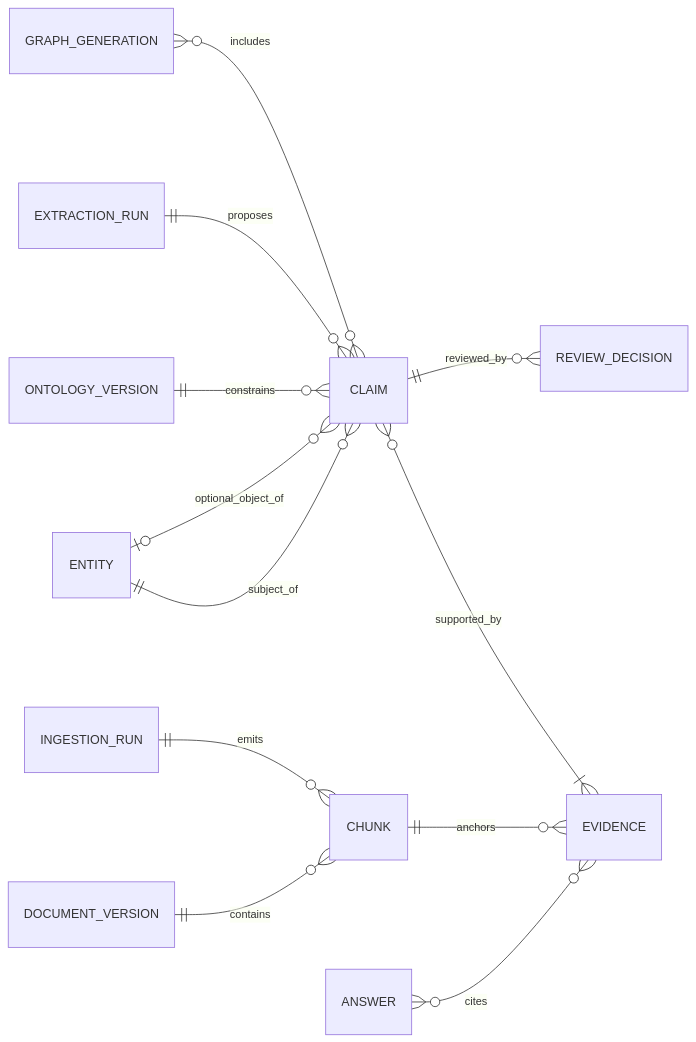
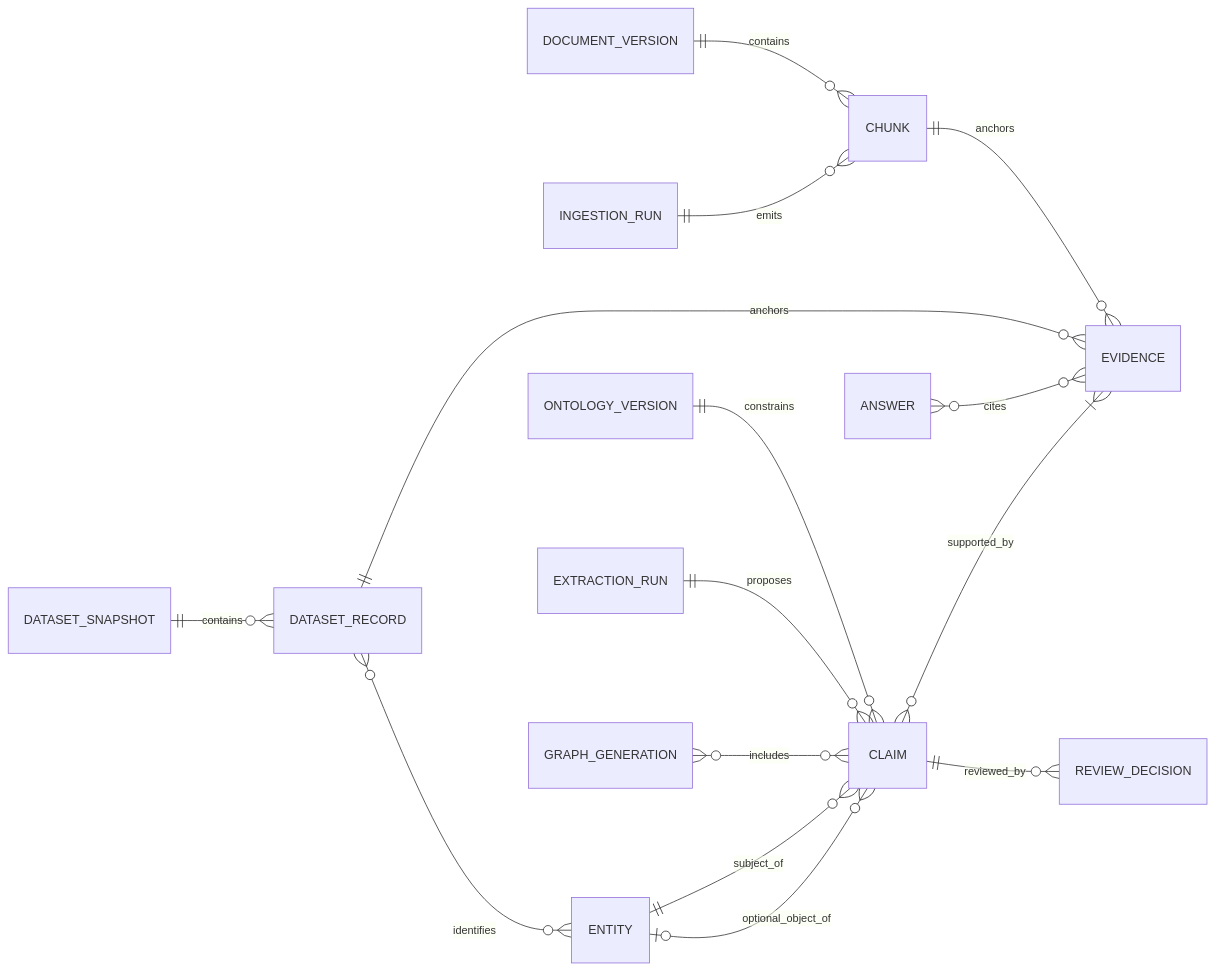
One commit to thaitri2005/Secure-O-G-LLM-and-Knowledge-Graph changed the fourth of 6 diagrams in docs/PROJECT_DESIGN.md. Above: the diagram before and after it, drawn with Mermaid. The commit also changed other lines of this file and 25 other files, not shown here.

````diff
--- a/docs/PROJECT_DESIGN.md
+++ b/docs/PROJECT_DESIGN.md
@@ -360,15 +432,18 @@
 ```mermaid
 erDiagram
     direction LR
     DOCUMENT_VERSION ||--o{ CHUNK : contains
     INGESTION_RUN ||--o{ CHUNK : emits
+    DATASET_SNAPSHOT ||--o{ DATASET_RECORD : contains
     CHUNK ||--o{ EVIDENCE : anchors
+    DATASET_RECORD ||--o{ EVIDENCE : anchors
+    DATASET_RECORD }o--o{ ENTITY : identifies
     ENTITY ||--o{ CLAIM : subject_of
     ENTITY o|--o{ CLAIM : optional_object_of
     CLAIM }o--|{ EVIDENCE : supported_by
     ONTOLOGY_VERSION ||--o{ CLAIM : constrains
     EXTRACTION_RUN ||--o{ CLAIM : proposes
     CLAIM ||--o{ REVIEW_DECISION : reviewed_by
     GRAPH_GENERATION }o--o{ CLAIM : includes
     ANSWER }o--o{ EVIDENCE : cites
 ```
````
